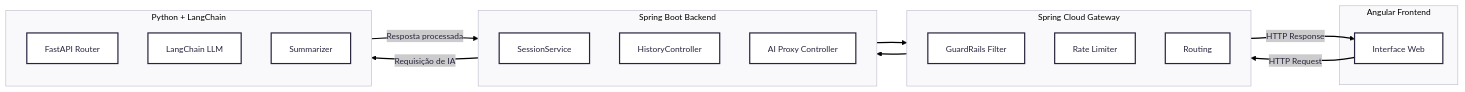
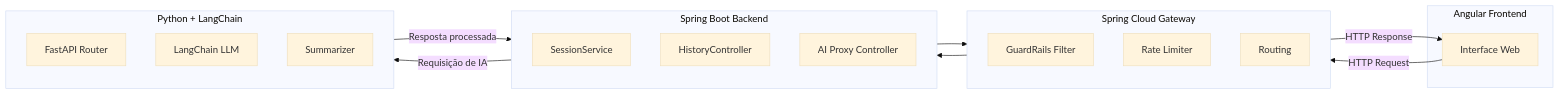
The first of 3 diagrams in README.md (GleidesonFr/archonIA), drawn with Mermaid before and after one commit. The commit also changed other lines of this file, not shown here.

Commit message:
add: architecture topic has been created.

`````diff
--- a/README.md
+++ b/README.md
@@ -34,35 +60,35 @@
 ````mermaid
 ---
 config:
-      theme: redux
+      theme: base
 ---
 flowchart LR
     subgraph Frontend [Angular Frontend]
         UI[Interface Web]
     end
 
     subgraph Gateway  [Spring Cloud Gateway]
         GL[GuardRails Filter]
         RL[Rate Limiter]
         RT[Routing]
     end
 
     subgraph Backend[Spring Boot Backend]
         SS[SessionService]
         HC[HistoryController]
         AIProxy[AI Proxy Controller]
     end
 
     subgraph PythonLLM [Python + LangChain]
         Router[FastAPI Router]
         LLM[LangChain LLM]
         Summarizer[Summarizer]
     end
 
     UI --> |HTTP Request| Gateway
     Gateway --> Backend
     Backend -->|Requisição de IA|PythonLLM
     PythonLLM --> |Resposta processada| Backend
     Backend --> Gateway
     Gateway --> |HTTP Response| UI
 ````
`````
